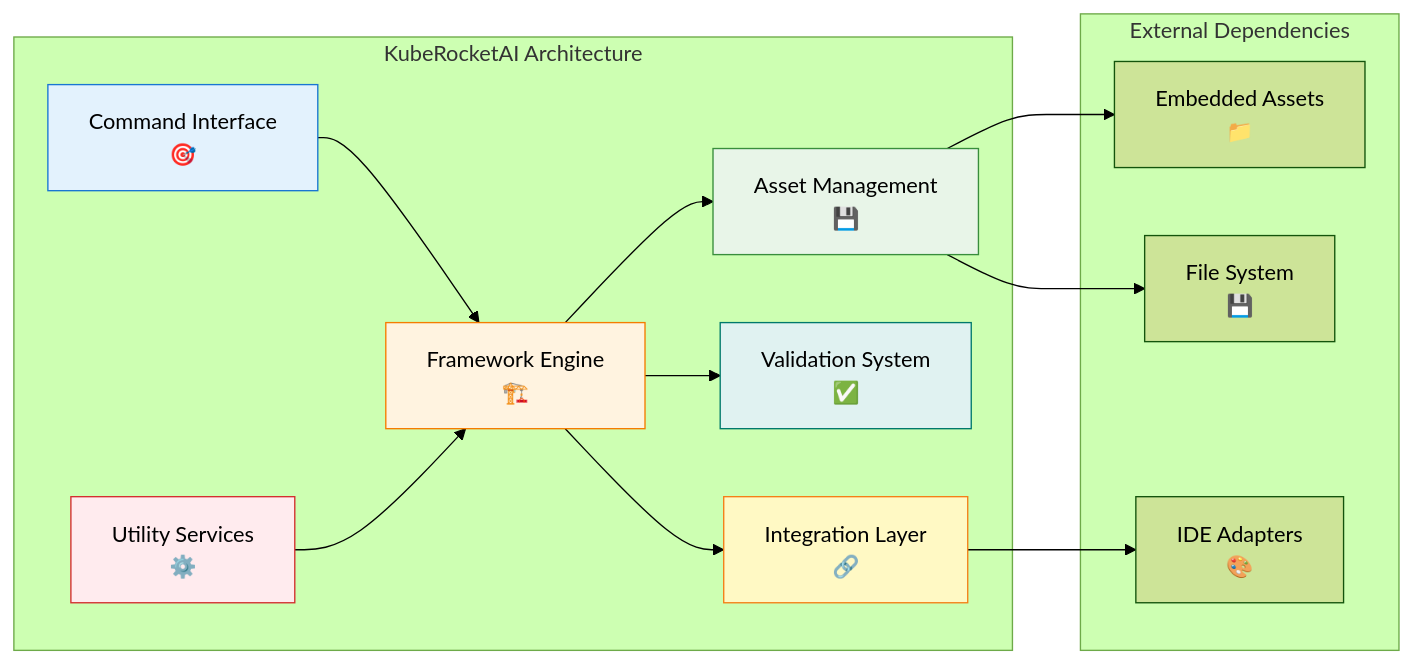
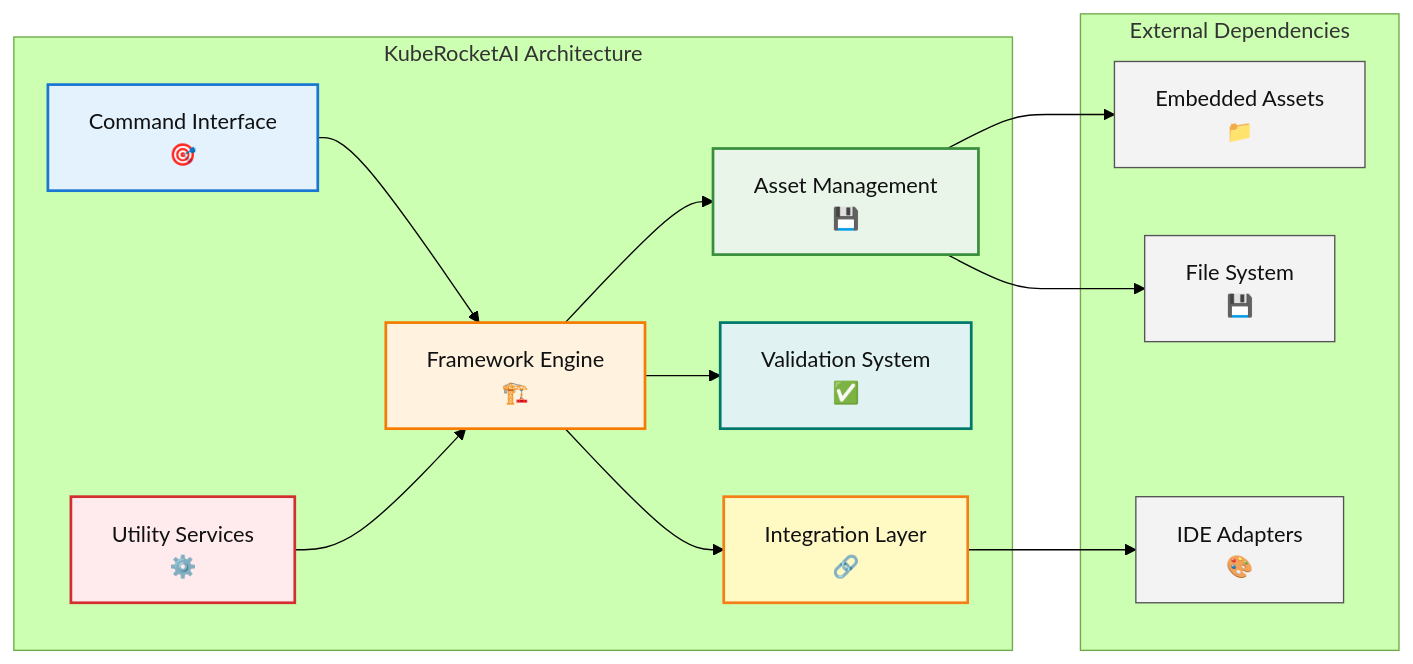
The second of 2 diagrams in docs/architecture/05-components.md (KubeRocketCI/kuberocketai), drawn with Mermaid (forest theme) before and after one commit. The commit also changed other lines of this file and 6 other files, not shown here.

Commit message:
docs: Align mermaid to dark theme

````diff
--- a/docs/architecture/05-components.md
+++ b/docs/architecture/05-components.md
@@ -82,27 +85,30 @@
 ```mermaid
 graph LR
     subgraph "KubeRocketAI Architecture"
         A["Command Interface<br/>🎯"] --> B["Framework Engine<br/>🏗️"]
         B --> C["Asset Management<br/>💾"]
         B --> D["Validation System<br/>✅"]
         B --> E["Integration Layer<br/>🔗"]
         F["Utility Services<br/>⚙️"] --> B
     end
 
     subgraph "External Dependencies"
         G["Embedded Assets<br/>📁"]
         H["File System<br/>💾"]
         I["IDE Adapters<br/>🎨"]
     end
 
     C --> G
     C --> H
     E --> I
 
-    style A fill:#e3f2fd,stroke:#1976d2
-    style B fill:#fff3e0,stroke:#f57c00
-    style C fill:#e8f5e8,stroke:#388e3c
-    style D fill:#e0f2f1,stroke:#00796b
-    style E fill:#fff9c4,stroke:#f57f17
-    style F fill:#ffebee,stroke:#d32f2f
+    style A fill:#e3f2fd,stroke:#1976d2,stroke-width:2px,color:#111
+    style B fill:#fff3e0,stroke:#f57c00,stroke-width:2px,color:#111
+    style C fill:#e8f5e8,stroke:#388e3c,stroke-width:2px,color:#111
+    style D fill:#e0f2f1,stroke:#00796b,stroke-width:2px,color:#111
+    style E fill:#fff9c4,stroke:#f57f17,stroke-width:2px,color:#111
+    style F fill:#ffebee,stroke:#d32f2f,stroke-width:2px,color:#111
+    style G fill:#f3f3f3,stroke:#555555,stroke-width:1px,color:#111
+    style H fill:#f3f3f3,stroke:#555555,stroke-width:1px,color:#111
+    style I fill:#f3f3f3,stroke:#555555,stroke-width:1px,color:#111
 ```
````
